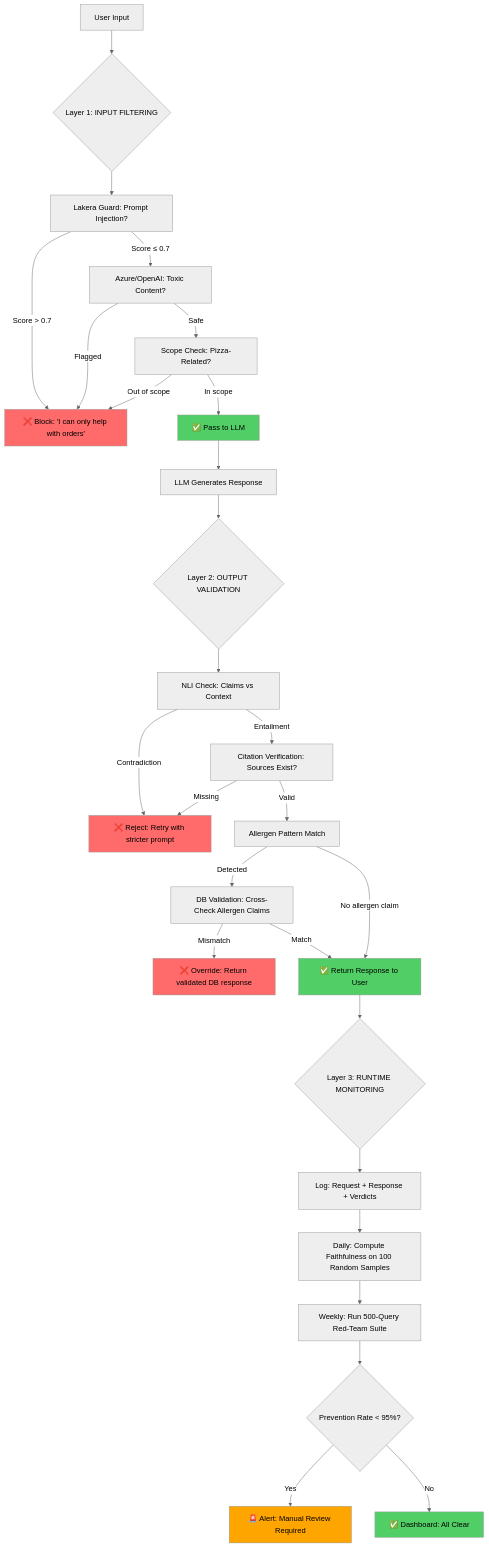
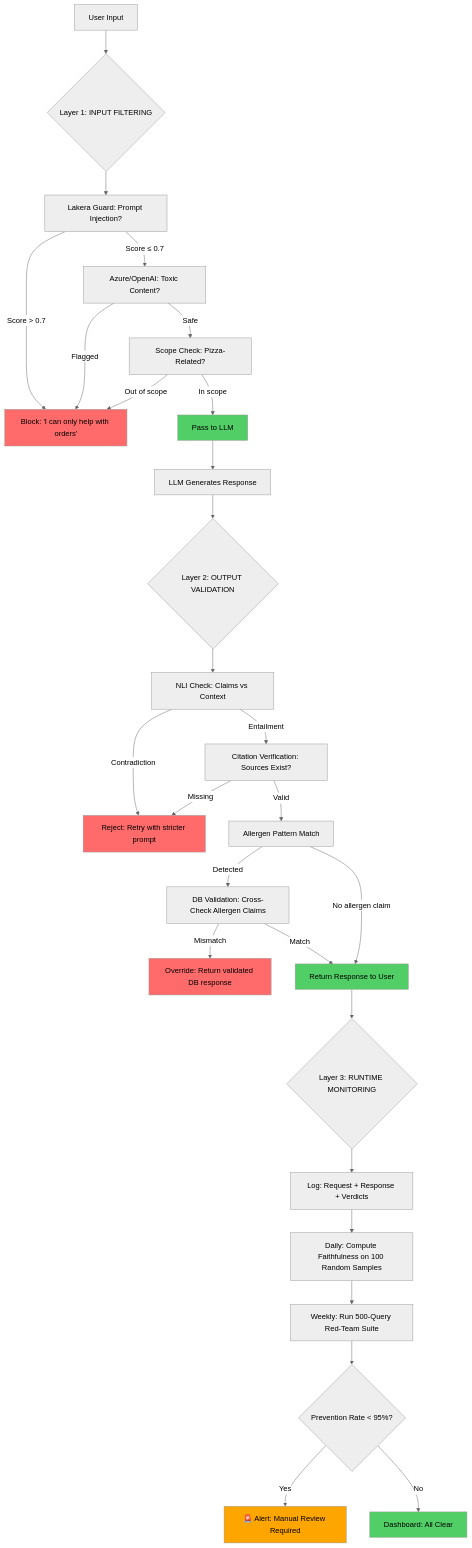
Before and after one commit to dsgouda7/ai-portfolio: the diagram in notes/03b-agentic-ai/ch02-safety-and-hallucination/safety-and-hallucination.md, drawn with Mermaid (neutral theme). The commit also changed other lines of this file and 179 other files, not shown here.

````diff
--- a/notes/03b-agentic-ai/ch02-safety-and-hallucination/safety-and-hallucination.md
+++ b/notes/03b-agentic-ai/ch02-safety-and-hallucination/safety-and-hallucination.md
@@ -1462,48 +1461,48 @@
 ```mermaid
 graph TD
-    A[User Input] --> B{Layer 1: INPUT FILTERING}
+ A[User Input] --> B{Layer 1: INPUT FILTERING}
 
-    B --> C1[Lakera Guard: Prompt Injection?]
-    C1 -->|Score > 0.7| R1[❌ Block: 'I can only help with orders']
-    C1 -->|Score ≤ 0.7| C2
+ B --> C1[Lakera Guard: Prompt Injection?]
+ C1 -->|Score > 0.7| R1[ Block: 'I can only help with orders']
+ C1 -->|Score ≤ 0.7| C2
 
-    C2[Azure/OpenAI: Toxic Content?] -->|Flagged| R1
-    C2 -->|Safe| C3
+ C2[Azure/OpenAI: Toxic Content?] -->|Flagged| R1
+ C2 -->|Safe| C3
 
-    C3[Scope Check: Pizza-Related?] -->|Out of scope| R1
-    C3 -->|In scope| D[✅ Pass to LLM]
+ C3[Scope Check: Pizza-Related?] -->|Out of scope| R1
+ C3 -->|In scope| D[ Pass to LLM]
 
-    D --> E[LLM Generates Response]
+ D --> E[LLM Generates Response]
 
-    E --> F{Layer 2: OUTPUT VALIDATION}
+ E --> F{Layer 2: OUTPUT VALIDATION}
 
-    F --> G1[NLI Check: Claims vs Context]
-    G1 -->|Contradiction| R2[❌ Reject: Retry with stricter prompt]
-    G1 -->|Entailment| G2
+ F --> G1[NLI Check: Claims vs Context]
+ G1 -->|Contradiction| R2[ Reject: Retry with stricter prompt]
+ G1 -->|Entailment| G2
 
-    G2[Citation Verification: Sources Exist?] -->|Missing| R2
-    G2 -->|Valid| G3
+ G2[Citation Verification: Sources Exist?] -->|Missing| R2
+ G2 -->|Valid| G3
 
-    G3[Allergen Pattern Match] -->|Detected| G4
-    G4[DB Validation: Cross-Check Allergen Claims] -->|Mismatch| R3[❌ Override: Return validated DB response]
-    G4 -->|Match| H
+ G3[Allergen Pattern Match] -->|Detected| G4
+ G4[DB Validation: Cross-Check Allergen Claims] -->|Mismatch| R3[ Override: Return validated DB response]
+ G4 -->|Match| H
 
-    G3 -->|No allergen claim| H[✅ Return Response to User]
+ G3 -->|No allergen claim| H[ Return Response to User]
 
-    H --> I{Layer 3: RUNTIME MONITORING}
+ H --> I{Layer 3: RUNTIME MONITORING}
 
-    I --> J1[Log: Request + Response + Verdicts]
-    J1 --> J2[Daily: Compute Faithfulness on 100 Random Samples]
-    J2 --> J3[Weekly: Run 500-Query Red-Team Suite]
-    J3 --> J4{Prevention Rate < 95%?}
-    J4 -->|Yes| K[🚨 Alert: Manual Review Required]
-    J4 -->|No| L[✅ Dashboard: All Clear]
+ I --> J1[Log: Request + Response + Verdicts]
+ J1 --> J2[Daily: Compute Faithfulness on 100 Random Samples]
+ J2 --> J3[Weekly: Run 500-Query Red-Team Suite]
+ J3 --> J4{Prevention Rate < 95%?}
+ J4 -->|Yes| K[🚨 Alert: Manual Review Required]
+ J4 -->|No| L[ Dashboard: All Clear]
 
-    style R1 fill:#ff6b6b
-    style R2 fill:#ff6b6b
-    style R3 fill:#ff6b6b
-    style K fill:#ffa500
-    style D fill:#51cf66
-    style H fill:#51cf66
-    style L fill:#51cf66
+ style R1 fill:#ff6b6b
+ style R2 fill:#ff6b6b
+ style R3 fill:#ff6b6b
+ style K fill:#ffa500
+ style D fill:#51cf66
+ style H fill:#51cf66
+ style L fill:#51cf66
 ```
````
